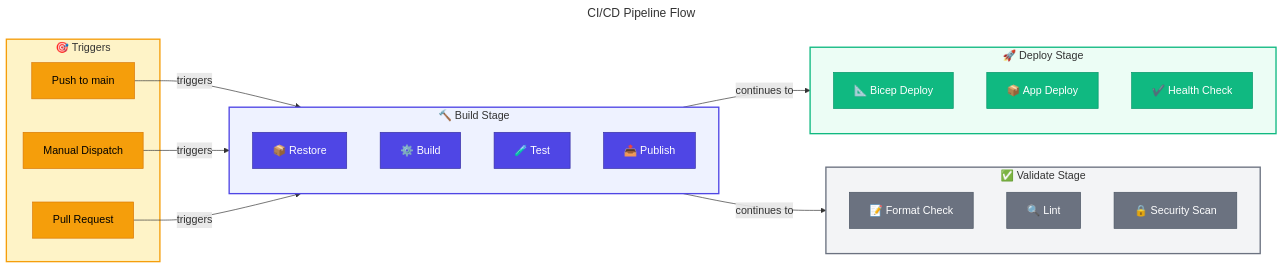
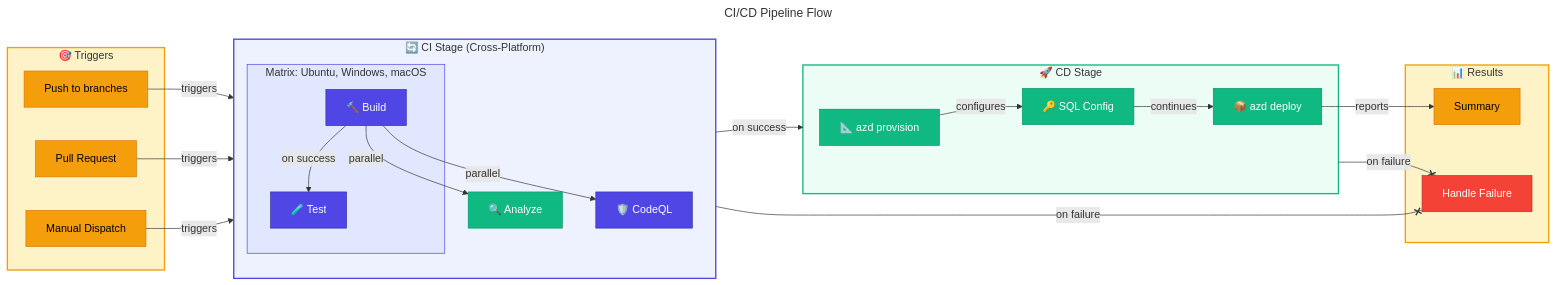
One commit to Evilazaro/Azure-LogicApps-Monitoring changed the second of 5 diagrams in docs/architecture/07-deployment-architecture.md. Above: the diagram before and after it, drawn with Mermaid. The commit also changed other lines of this file, not shown here.

Commit message:
fix: Update deployment architecture documentation for improved clarity and consistency in CI/CD workflows

````diff
--- a/docs/architecture/07-deployment-architecture.md
+++ b/docs/architecture/07-deployment-architecture.md
@@ -113,59 +113,70 @@
 ```mermaid
 ---
 title: CI/CD Pipeline Flow
 ---
 flowchart LR
     %% ===== TRIGGERS =====
     subgraph Trigger["🎯 Triggers"]
-        Push["Push to main"]
+        Push["Push to branches"]
         PR["Pull Request"]
         Manual["Manual Dispatch"]
     end
 
-    %% ===== BUILD STAGE =====
-    subgraph Build["🔨 Build Stage"]
-        Restore["📦 Restore"]
-        Compile["⚙️ Build"]
-        Test["🧪 Test"]
-        Publish["📤 Publish"]
+    %% ===== CI STAGE =====
+    subgraph CI["🔄 CI Stage (Cross-Platform)"]
+        subgraph Matrix["Matrix: Ubuntu, Windows, macOS"]
+            Build["🔨 Build"]
+            Test["🧪 Test"]
+        end
+        Analyze["🔍 Analyze"]
+        CodeQL["🛡️ CodeQL"]
     end
 
-    %% ===== VALIDATE STAGE =====
-    subgraph Validate["✅ Validate Stage"]
-        Format["📝 Format Check"]
-        Lint["🔍 Lint"]
-        Security["🔒 Security Scan"]
+    %% ===== CD STAGE =====
+    subgraph CD["🚀 CD Stage"]
+        Provision["📐 azd provision"]
+        SQLConfig["🔑 SQL Config"]
+        Deploy["📦 azd deploy"]
     end
 
-    %% ===== DEPLOY STAGE =====
-    subgraph Deploy["🚀 Deploy Stage"]
-        Infra["📐 Bicep Deploy"]
-        App["📦 App Deploy"]
-        Verify["✔️ Health Check"]
+    %% ===== RESULTS =====
+    subgraph Results["📊 Results"]
+        Summary["Summary"]
+        Failure["Handle Failure"]
     end
 
     %% ===== CONNECTIONS =====
-    Push -->|"triggers"| Build
-    Manual -->|"triggers"| Build
-    Build -->|"continues to"| Deploy
-    PR -->|"triggers"| Build
-    Build -->|"continues to"| Validate
+    Push -->|"triggers"| CI
+    PR -->|"triggers"| CI
+    Manual -->|"triggers"| CI
+    Build -->|"on success"| Test
+    Build -->|"parallel"| Analyze
+    Build -->|"parallel"| CodeQL
+    CI -->|"on success"| CD
+    Provision -->|"configures"| SQLConfig
+    SQLConfig -->|"continues"| Deploy
+    Deploy -->|"reports"| Summary
+    CI --x|"on failure"| Failure
+    CD --x|"on failure"| Failure
 
     %% ===== STYLES - NODE CLASSES =====
     classDef trigger fill:#F59E0B,stroke:#D97706,color:#000000
     classDef primary fill:#4F46E5,stroke:#3730A3,color:#FFFFFF
     classDef secondary fill:#10B981,stroke:#059669,color:#FFFFFF
-    classDef external fill:#6B7280,stroke:#4B5563,color:#FFFFFF
+    classDef failed fill:#F44336,stroke:#C62828,color:#FFFFFF
+    classDef datastore fill:#F59E0B,stroke:#D97706,color:#000000
 
     %% ===== CLASS ASSIGNMENTS =====
     class Push,PR,Manual trigger
-    class Restore,Compile,Test,Publish primary
-    class Format,Lint,Security external
-    class Infra,App,Verify secondary
+    class Build,Test,CodeQL primary
+    class Analyze,Provision,SQLConfig,Deploy secondary
+    class Summary datastore
+    class Failure failed
 
     %% ===== SUBGRAPH STYLES =====
     style Trigger fill:#FEF3C7,stroke:#F59E0B,stroke-width:2px
-    style Build fill:#EEF2FF,stroke:#4F46E5,stroke-width:2px
-    style Validate fill:#F3F4F6,stroke:#6B7280,stroke-width:2px
-    style Deploy fill:#ECFDF5,stroke:#10B981,stroke-width:2px
+    style CI fill:#EEF2FF,stroke:#4F46E5,stroke-width:2px
+    style Matrix fill:#E0E7FF,stroke:#4F46E5,stroke-width:1px
+    style CD fill:#ECFDF5,stroke:#10B981,stroke-width:2px
+    style Results fill:#FEF3C7,stroke:#F59E0B,stroke-width:2px
 ```
````
